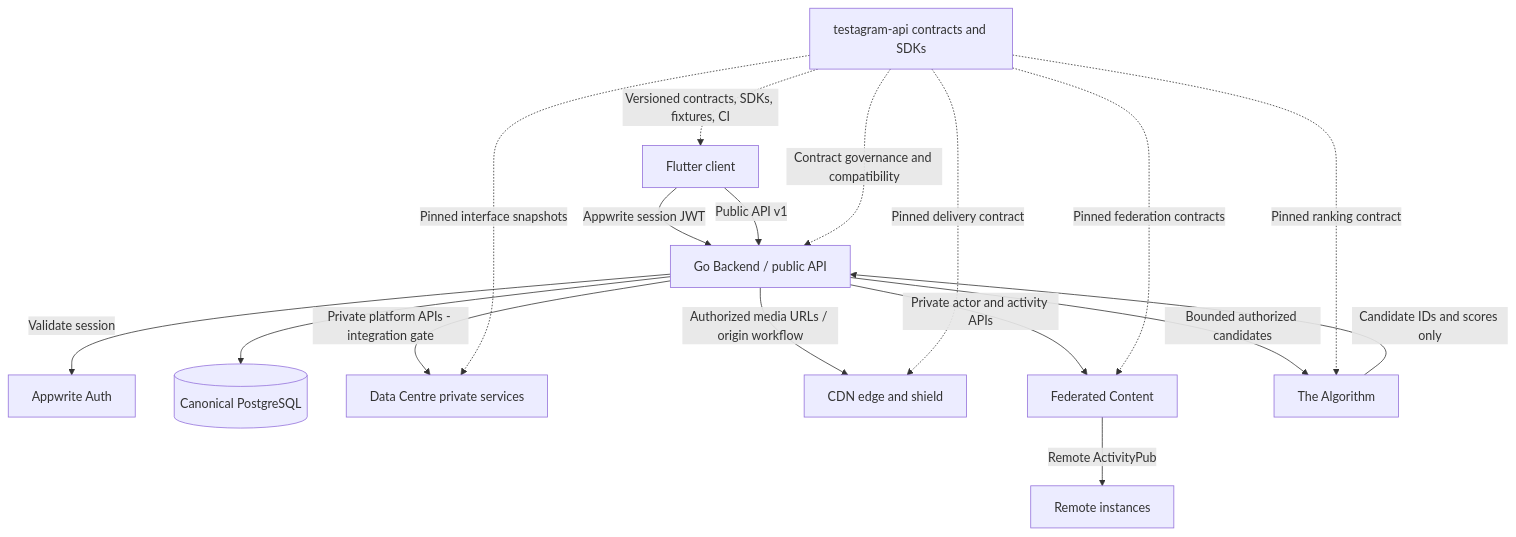
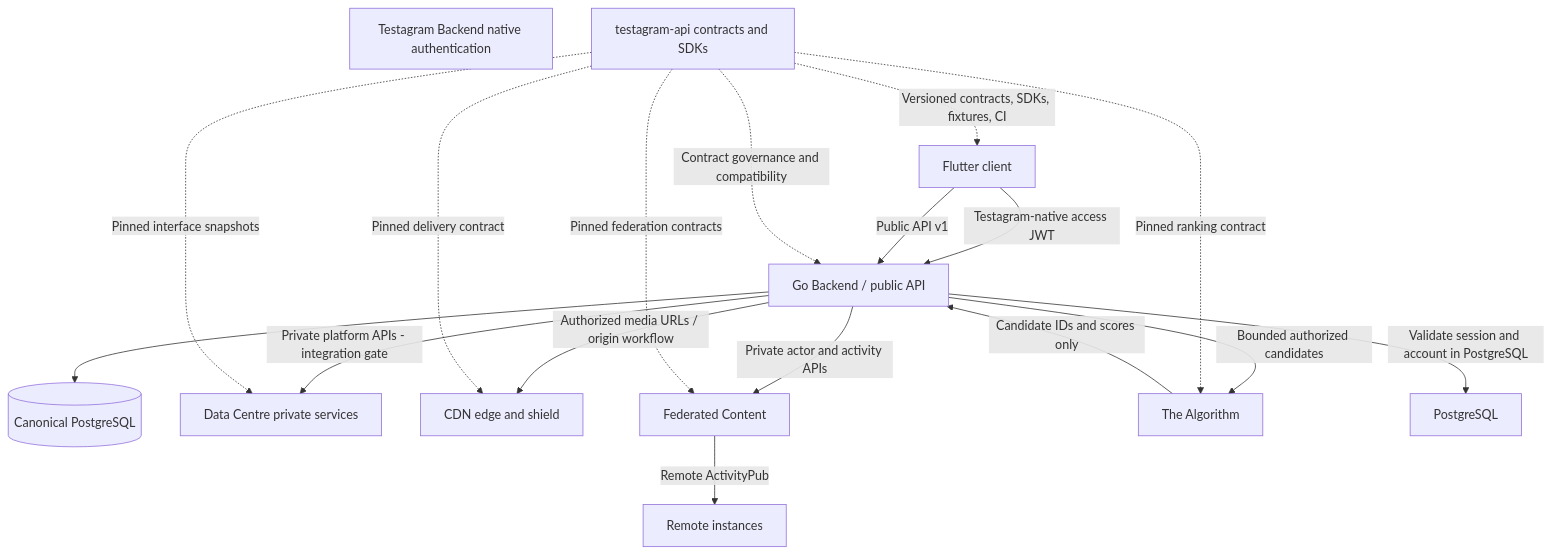
One commit to Trendyzima/testagram-api changed the diagram in docs/architecture/six-repository-architecture.md. Above: the diagram before and after it, drawn with Mermaid. The commit also changed other lines of this file, not shown here.

Commit message:
docs: align architecture and integration guidance with native auth

````diff
--- a/docs/architecture/six-repository-architecture.md
+++ b/docs/architecture/six-repository-architecture.md
@@ -33,29 +33,29 @@
 ```mermaid
 flowchart TD
   Flutter[Flutter client]
   Backend[Go Backend / public API]
-  Appwrite[Appwrite Auth]
+  NativeAuth[Testagram Backend native authentication]
   DB[(Canonical PostgreSQL)]
   DC[Data Centre private services]
   CDN[CDN edge and shield]
   Fed[Federated Content]
   Algo[The Algorithm]
   API[testagram-api contracts and SDKs]
 
-  Flutter -->|Appwrite session JWT| Backend
+  Flutter -->|Testagram-native access JWT| Backend
   Flutter -->|Public API v1| Backend
-  Backend -->|Validate session| Appwrite
+  Backend -->|Validate session and account in PostgreSQL| PostgreSQL
   Backend --> DB
   Backend -->|Bounded authorized candidates| Algo
   Algo -->|Candidate IDs and scores only| Backend
   Backend -->|Private platform APIs - integration gate| DC
   Backend -->|Authorized media URLs / origin workflow| CDN
   Backend -->|Private actor and activity APIs| Fed
   Fed -->|Remote ActivityPub| Peers[Remote instances]
   API -.->|Versioned contracts, SDKs, fixtures, CI| Flutter
   API -.->|Contract governance and compatibility| Backend
   API -.->|Pinned interface snapshots| DC
   API -.->|Pinned delivery contract| CDN
   API -.->|Pinned federation contracts| Fed
   API -.->|Pinned ranking contract| Algo
 ```
````
